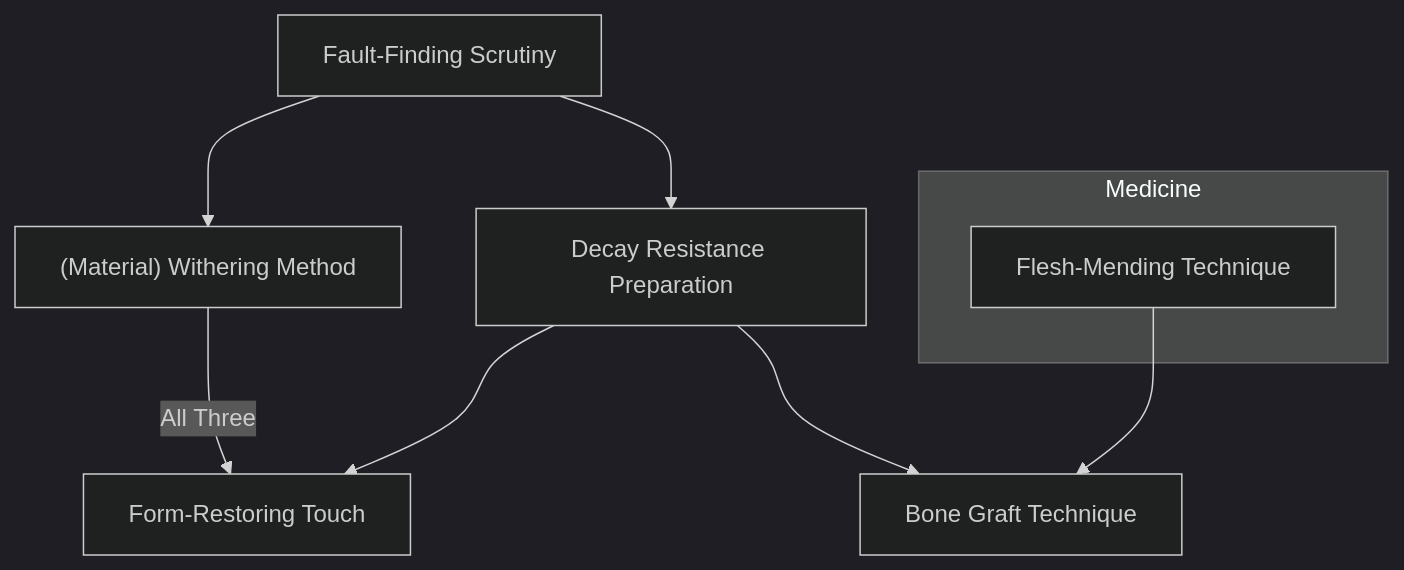
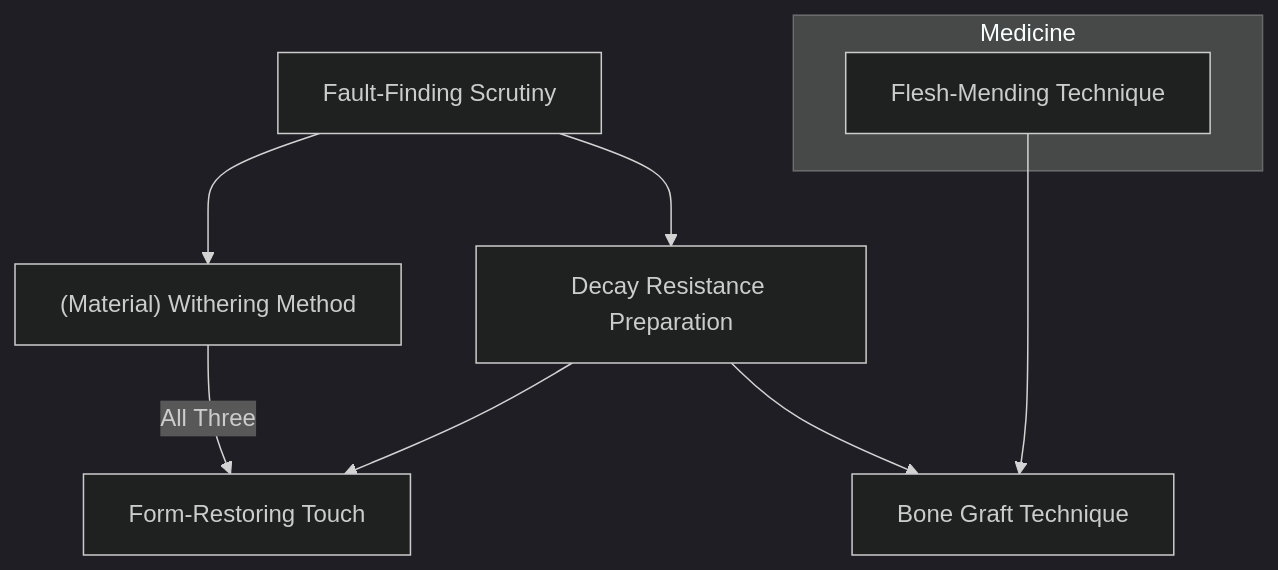
Before and after one commit to jrobichaud/exalted-charms-1e: the diagram in docs/mermaid/abyssal/daybreak_craft_1.mmd, drawn with Mermaid. The commit also changed 56 other files, not shown here.

Commit message:
Reorder graphs for readability

```diff
--- a/docs/mermaid/abyssal/daybreak_craft_1.mmd
+++ b/docs/mermaid/abyssal/daybreak_craft_1.mmd
@@ -1,149 +1,149 @@
 ---
 config:
   theme: dark
 ---
 flowchart TD
 
     fault_finding_scrutiny[Fault-Finding Scrutiny]
     click fault_finding_scrutiny callback "
         Fault-Finding Scrutiny<br>
         <br>
         Cost: 4 motes<br>
         Duration: Instant<br>
         Type: Simple<br>
         Minimum Craft: 3<br>
         Minimum Essence: 2<br>
         Prerequisite Charms: None<br>
         <br>
         By attuning her gaze to the seeds of entropy in all
         things, an Abyssal using this Charm can perceive the weak
         points of any inanimate object. Fracture lines and hidden
         cracks appear stained oily black, while even the slightest
         traces of rot or rust glow hideous shades of brown and red.
         With this knowledge, characters may exploit or repair the
         flaws they find with greater facility.<br>
         Characters attempting to repair faults identified with
         this Charm may double any Craft-related dice pool to do
         so. However, such repairs require the same effort, time and
         tools as normal. Similarly, characters attacking a scruti-
         nized object’s weak points count extra successes twice for
         the purpose of determining damage with their first strike.
         Subsequent attacks do not receive this bonus unless the
         character uses Fault-Finding Scrutiny to reevaluate the
         object’s weaknesses.
         "
 
     material_withering_method["(Material) Withering Method"]
     fault_finding_scrutiny --> material_withering_method
     click material_withering_method callback "
         (Material) Withering Method<br>
         <br>
         Cost: 5 motes<br>
         Duration: Instant<br>
         Type: Reflexive<br>
         Minimum Craft: 3<br>
         Minimum Essence: 2<br>
         Prerequisite Charms: Fault-Finding Scrutiny<br>
         <br>
         The Exalt channels corrosive Essence directly into an
         object, triggering rapid decay. (Material) Withering
         Method is actually three separate Charms, each encompassing
         a different substance: wood, metal and stone.
         Although the three versions decay their respective material
         differently — rotting, rusting or crumbling as
         appropriate — the final result is the same: The object
         disintegrates to nothing within seconds. This Charm can
         only be used on objects the size of a large weapon or a single
         suit of armor. (Material) Withering Method has no effect
         on enchanted items, including those made from or reinforced
         by the Five Magical Materials. All versions of this
         Charm have a range of (the Abyssal’s permanent Essence
         x 10) yards and may only be used once per turn.
         "
 
     decay_resistance_preparation[Decay Resistance Preparation]
     fault_finding_scrutiny --> decay_resistance_preparation
     click decay_resistance_preparation callback "
         Decay Resistance Preparation<br>
         <br>
         Cost: 10 motes, 1 Willpower<br>
         Duration: Instant<br>
         Type: Simple<br>
         Minimum Craft: 4<br>
         Minimum Essence: 2<br>
         Prerequisite Charms: Fault-Finding Scrutiny<br>
         <br>
         This Charm makes an object highly resistant to natu-
         ral and unnatural forms of decay, including corrosion, rust,
         rot and even simple weathering. For ordinary wear and
         tear, treated objects endure at least 10 times as long as
         untreated counterparts. Against more aggressive causes of
         decay, such as acid baths or bolts of raw entropy, treated
         objects have double the usual soak or resistance dice pool.
         Although this enhancement is permanent, it only protects
         against decay. Treated objects have no additional resilience
         against other sources of damage and may be cut,
         burnt or otherwise broken as easily as normal. This Charm
         does not work on living beings.
         "
 
     subgraph Medicine
         flesh_mending_technique[Flesh-Mending Technique]
     end
 
     bone_graft_technique[Bone Graft Technique]
     decay_resistance_preparation --> bone_graft_technique
-    flesh_mending_technique --> bone_graft_technique
+    flesh_mending_technique ---> bone_graft_technique
     click bone_graft_technique callback "
         Bone Graft Technique<br>
         Cost: 10 motes
         Duration: Instant
         Type: Simple
         Minimum Craft: 4
         Minimum Medicine: 2
         Minimum Essence: 2
         Prerequisite Charms:Decay Resistance Preparation,
         Flesh-Mending Discipline
         With this Charm, an Abyssal can fashion prosthetics
         of iron and carved bone and affix them to living flesh as
         replacements for missing limbs. The Exalt must first build
         the actual prosthesis, which requires a number of creation
         rolls as outlined on pages 245 and 246 of Exalted, usually
         using Craft (Necrosurgery). If successful, the character can
         use this Charm to join the implant with its host. The
         recipient must commit Essence (or Willpower, in the case
         of mortals) to attune the device to her life force. Generally,
         a hand requires 3 motes or 1 point of Willpower, while a
         full arm requires 5 motes or 2 Willpower. Entire legs can
         take as many as 8 motes or 3 Willpower. So long as the cost
         remains attuned, the prosthesis behaves entirely as its
         organic counterpart. Owing to their sturdy construction,
         prosthetics designed with this Charm have a +2L/2B soak
         against damage of any sort.
         "
 
     form_restoring_touch[Form-Restoring Touch]
     material_withering_method --> |All Three| form_restoring_touch
     decay_resistance_preparation --> form_restoring_touch
     click form_restoring_touch callback "
         Form-Restoring Touch<br>
         <br>
         Cost: 10 motes, 1 Willpower, one lethal health level<br>
         Duration: Instant<br>
         Type: Simple<br>
         Minimum Craft: 5<br>
         Minimum Essence: 3<br>
         Prerequisite Charms: All three (Material) Withering Method Charms, Decay Resistance Preparation<br>
         <br>
         This Charm allows a character to repair any broken
         object, so long as some fragment remains. The character
         must spend a number of hours working on the object equal
         to (10 - her permanent Essence), while she painstakingly
         joins shards and binds them with wisps of memory dredged
         from the winds of the Underworld. This Charm cannot
         remake intangible items (such as broken promises) or
         restore objects more yards in radius than the character’s
         permanent Essence. Form-Restoring Touch can repair
         items of First Age manufacture but can do nothing to mend
         those whose magic has fled or been exhausted.
         "
```
